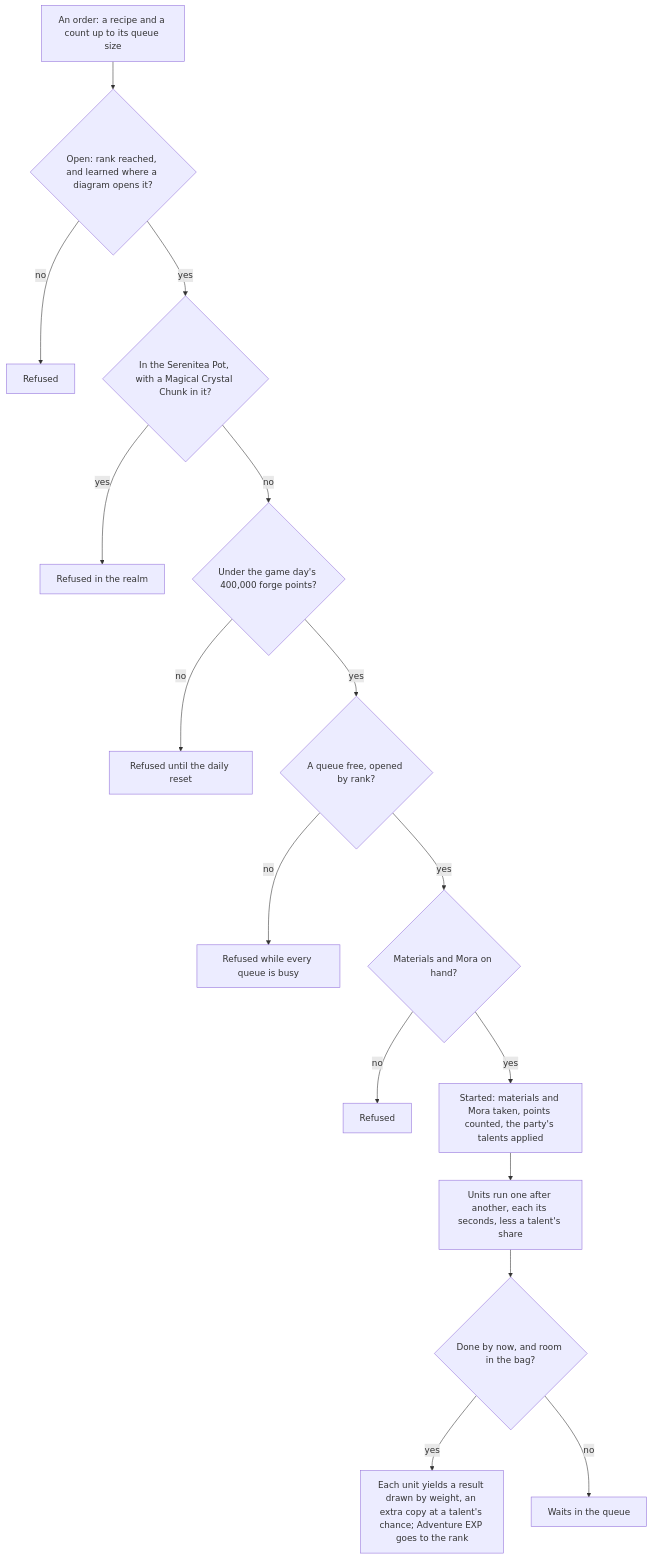
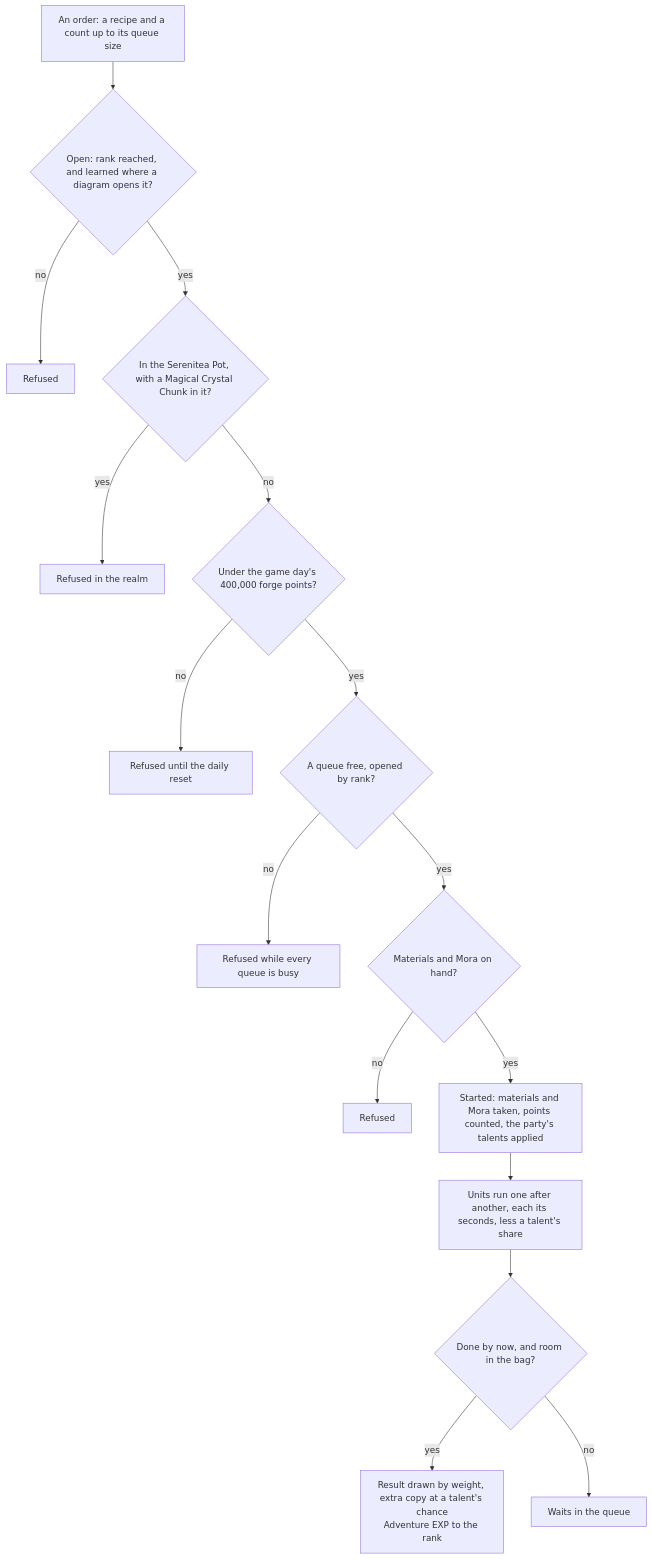
One commit to Esposter/Esposter changed the diagram in apps/web/content/docs/genshin/forging.md. Above: the diagram before and after it, drawn with Mermaid. The commit also changed 2 other files, not shown here.

Commit message:
docs(genshin): shorten the chests, forging and quests diagram labels to a name and one qualifier
The docs index test caps a Mermaid label at 90 characters and two line breaks.
Each of the three labels ran past it, so each now carries the prose's own terms
(placeMapPoints, the Traveler's doing, the forge's rank) and drops the clauses the
page already states.

Claude-Session: https://claude.ai/code/session_01G7vjWfdLPLc2TiVG7vjBEM

````diff
--- a/apps/web/content/docs/genshin/forging.md
+++ b/apps/web/content/docs/genshin/forging.md
@@ -12,18 +12,18 @@
 ```mermaid
 flowchart TD
   O["An order: a recipe and a count up to its queue size"] --> OPEN{"Open: rank reached, and learned where a diagram opens it?"}
   OPEN -->|"no"| R1["Refused"]
   OPEN -->|"yes"| REALM{"In the Serenitea Pot, with a Magical Crystal Chunk in it?"}
   REALM -->|"yes"| R2["Refused in the realm"]
   REALM -->|"no"| CAP{"Under the game day's 400,000 forge points?"}
   CAP -->|"no"| R3["Refused until the daily reset"]
   CAP -->|"yes"| Q{"A queue free, opened by rank?"}
   Q -->|"no"| R4["Refused while every queue is busy"]
   Q -->|"yes"| PAY{"Materials and Mora on hand?"}
   PAY -->|"no"| R5["Refused"]
   PAY -->|"yes"| RUN["Started: materials and Mora taken, points counted, the party's talents applied"]
   RUN --> U["Units run one after another, each its seconds, less a talent's share"]
   U --> C{"Done by now, and room in the bag?"}
-  C -->|"yes"| IN["Each unit yields a result drawn by weight, an extra copy at a talent's chance; Adventure EXP goes to the rank"]
+  C -->|"yes"| IN["Result drawn by weight, extra copy at a talent's chance<br/>Adventure EXP to the rank"]
   C -->|"no"| WQ["Waits in the queue"]
 ```
````
